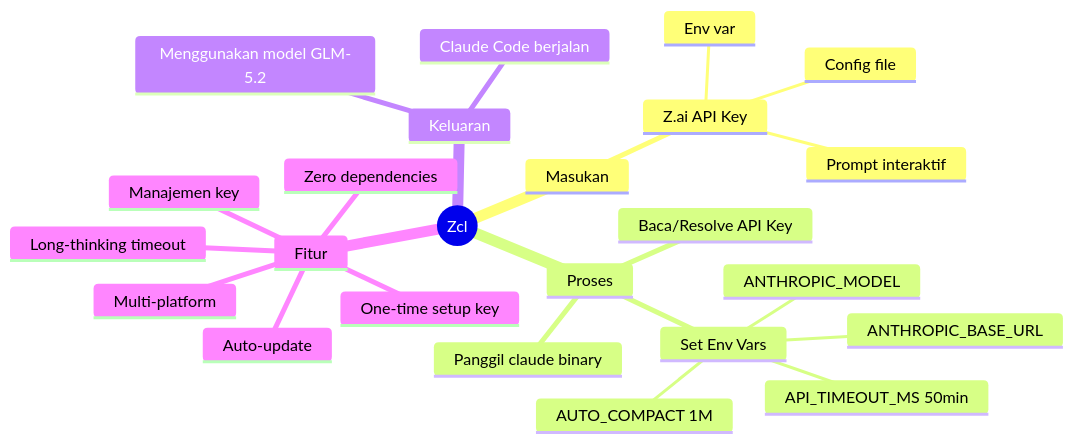
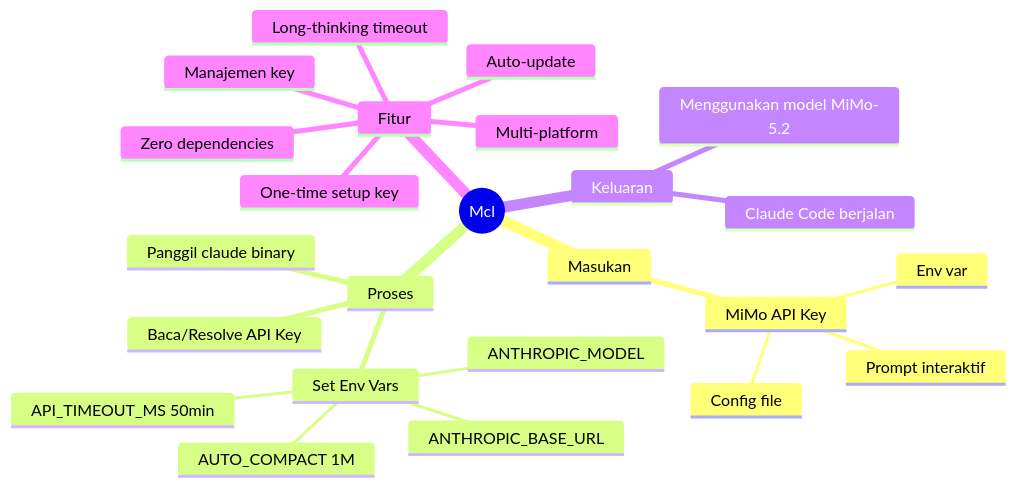
The sixth of 6 diagrams in README.md (Muhira007/mcl-claude), drawn with Mermaid before and after one commit. The commit also changed other lines of this file and 633 other files, not shown here.

Commit message:
Initial commit of mcl with zcl features and token plan logic

````diff
--- a/README.md
+++ b/README.md
@@ -578,27 +578,27 @@
 ```mermaid
 mindmap
-  root((Zcl))
+  root((Mcl))
     Masukan
-      Z.ai API Key
+      MiMo API Key
         Config file
         Env var
         Prompt interaktif
     Proses
       Baca/Resolve API Key
       Set Env Vars
         ANTHROPIC_BASE_URL
         ANTHROPIC_MODEL
         API_TIMEOUT_MS 50min
         AUTO_COMPACT 1M
       Panggil claude binary
     Keluaran
       Claude Code berjalan
-      Menggunakan model GLM-5.2
+      Menggunakan model MiMo-5.2
     Fitur
       One-time setup key
       Manajemen key
       Auto-update
       Multi-platform
       Zero dependencies
       Long-thinking timeout
 ```
````
